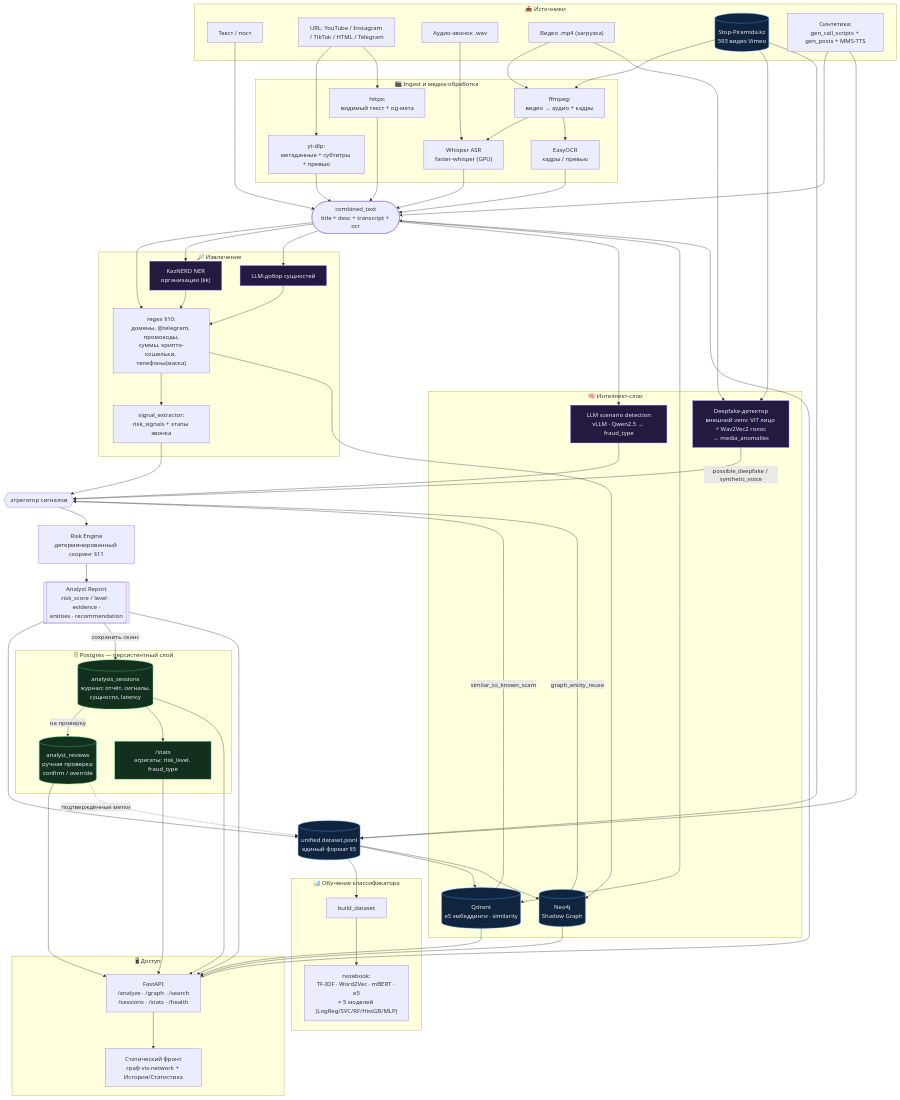
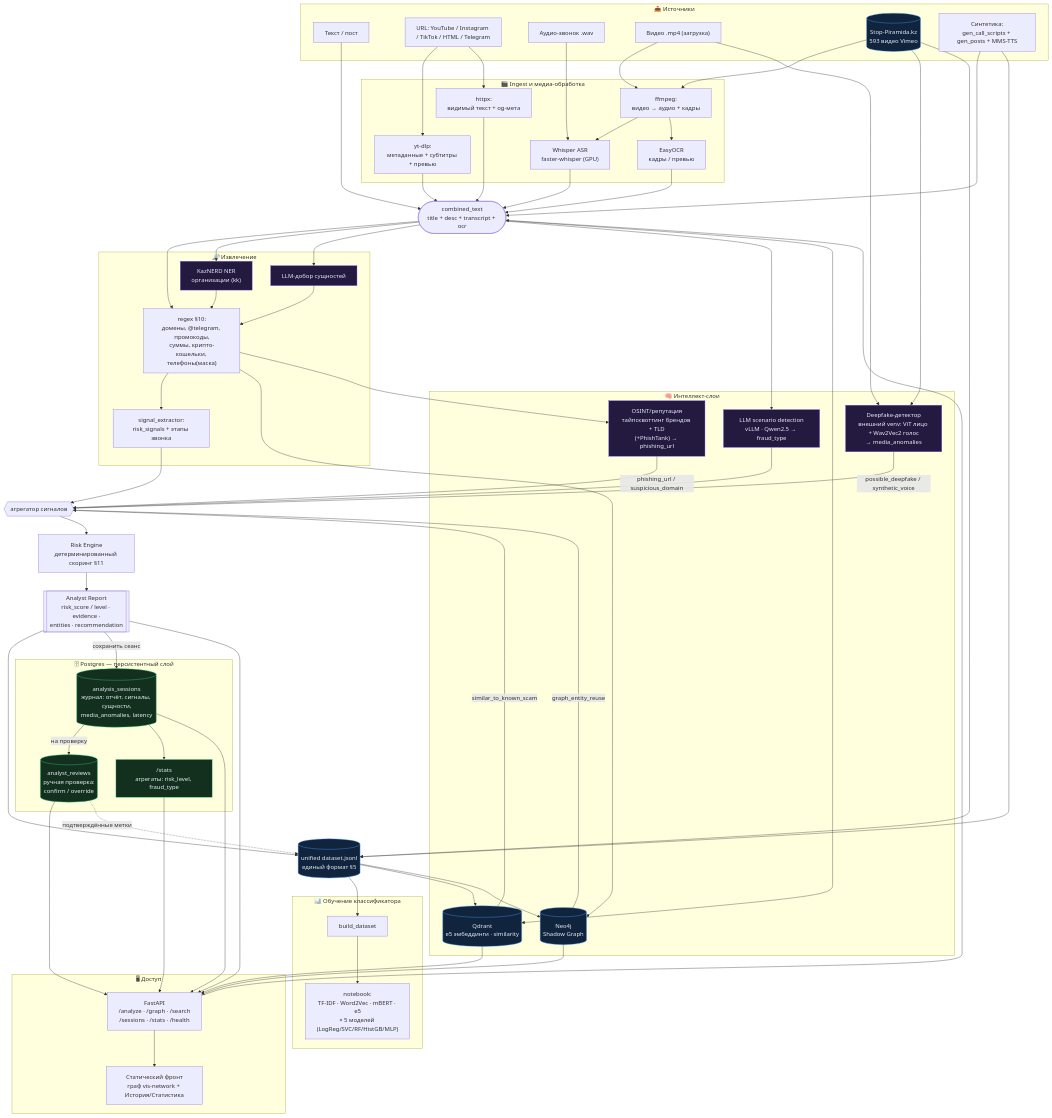
Before and after one commit to teshebayev/ai_media_watch: the diagram in docs/pipeline.md, drawn with Mermaid. The commit also changed other lines of this file and 9 other files, not shown here.

First line of the commit message:
OSINT-агент репутации доменов + media_anomalies в Postgres/фронте

````diff
--- a/docs/pipeline.md
+++ b/docs/pipeline.md
@@ -37,6 +37,7 @@
         QD[("Qdrant<br/>e5 эмбеддинги · similarity")]
         NEO[("Neo4j<br/>Shadow Graph")]
         DFK["Deepfake-детектор<br/>внешний venv: ViT лицо + Wav2Vec2 голос<br/>→ media_anomalies"]
+        OSINT["OSINT/репутация<br/>тайпсквоттинг брендов + TLD<br/>(+PhishTank) → phishing_url"]
     end
 
     %% ---------- Скоринг ----------
@@ -55,7 +56,7 @@
 
     %% ---------- Персистентность (Postgres) ----------
     subgraph PERS["🗄 Postgres — персистентный слой"]
-        PG[("analysis_sessions<br/>журнал: отчёт, сигналы,<br/>сущности, latency")]
+        PG[("analysis_sessions<br/>журнал: отчёт, сигналы, сущности,<br/>media_anomalies, latency")]
         RV[("analyst_reviews<br/>ручная проверка:<br/>confirm / override")]
         ST["/stats<br/>агрегаты: risk_level, fraud_type"]
     end
@@ -97,6 +98,10 @@
     SP --> DFK
     DFK -- "possible_deepfake / synthetic_voice" --> SAGG
 
+    %% ---- OSINT/репутация (по доменам из сущностей) ----
+    RE --> OSINT
+    OSINT -- "phishing_url / suspicious_domain" --> SAGG
+
     %% ---- сигналы → скоринг ----
     SIG --> SAGG
     LLM --> SAGG
@@ -132,6 +137,6 @@
     classDef llm fill:#241a40,stroke:#7c5cff,color:#e6ecf5;
     classDef pg fill:#13301f,stroke:#35d07f,color:#e6ecf5;
     class SP,QD,NEO,DS store;
-    class LLM,LLME,NER,DFK llm;
+    class LLM,LLME,NER,DFK,OSINT llm;
     class PG,RV,ST pg;
 ```
````
